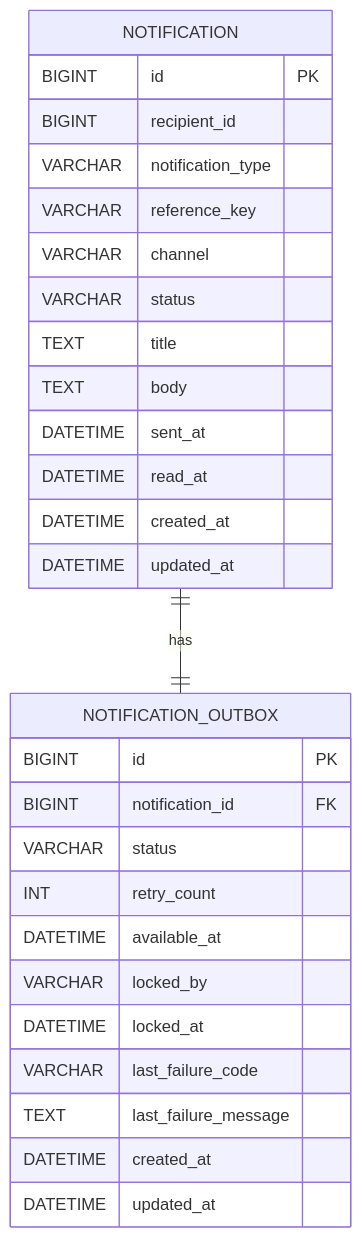
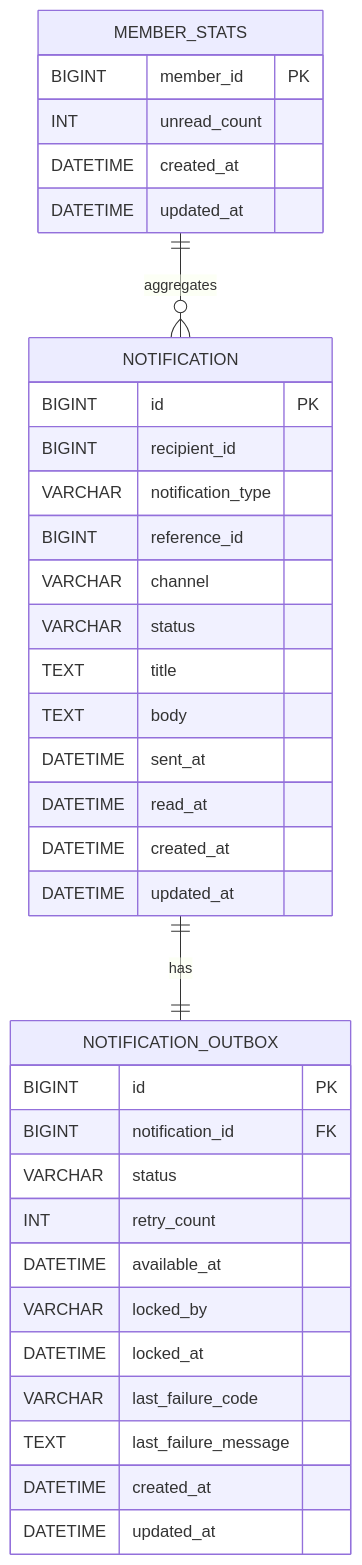
The diagram in README.md (Changha-dev/notification-system-design), drawn with Mermaid before and after one commit. The commit also changed other lines of this file, not shown here.

````diff
--- a/README.md
+++ b/README.md
@@ -141,33 +149,41 @@
 ```mermaid
 erDiagram
     NOTIFICATION {
         BIGINT id PK
         BIGINT recipient_id
         VARCHAR notification_type
-        VARCHAR reference_key
+        BIGINT reference_id
         VARCHAR channel
         VARCHAR status
         TEXT title
         TEXT body
         DATETIME sent_at
         DATETIME read_at
         DATETIME created_at
         DATETIME updated_at
     }
 
     NOTIFICATION_OUTBOX {
         BIGINT id PK
         BIGINT notification_id FK
         VARCHAR status
         INT retry_count
         DATETIME available_at
         VARCHAR locked_by
         DATETIME locked_at
         VARCHAR last_failure_code
         TEXT last_failure_message
         DATETIME created_at
         DATETIME updated_at
     }
 
+    MEMBER_STATS {
+        BIGINT member_id PK
+        INT unread_count
+        DATETIME created_at
+        DATETIME updated_at
+    }
+
     NOTIFICATION ||--|| NOTIFICATION_OUTBOX : has
+    MEMBER_STATS ||--o{ NOTIFICATION : aggregates
 ```
````
